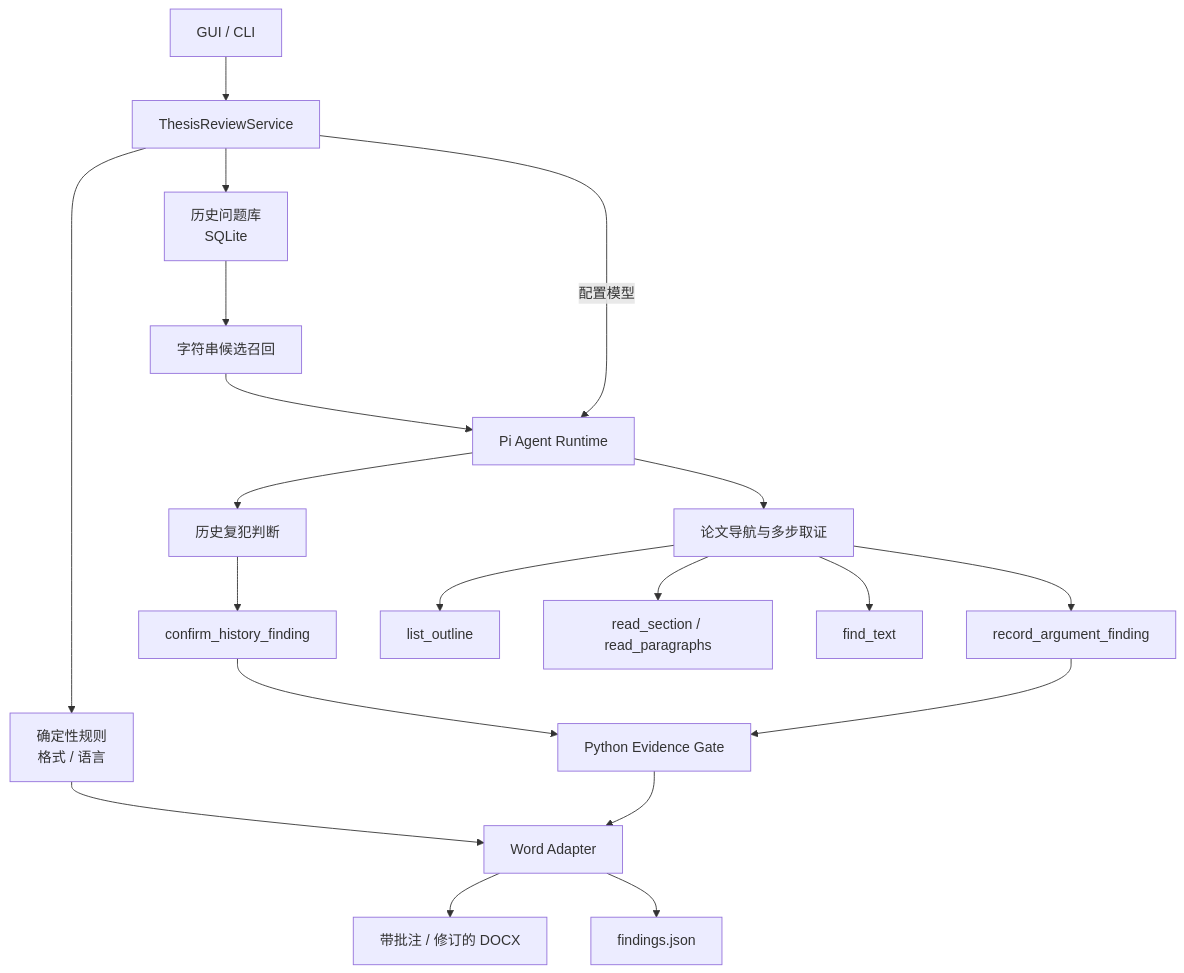
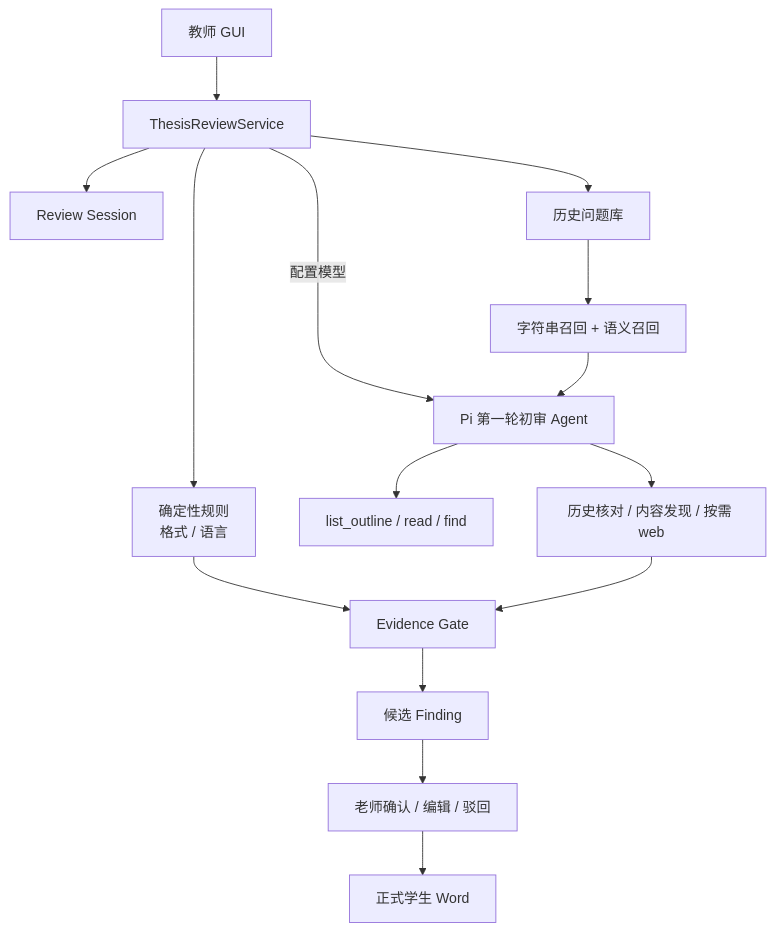
One commit to Dionysianspirit/thesis-review-agent changed the diagram in README.md. Above: the diagram before and after it, drawn with Mermaid. The commit also changed other lines of this file and 36 other files, not shown here.

First line of the commit message:
Add teacher-gated V0.6 review sessions and first-pass agent.

````diff
--- a/README.md
+++ b/README.md
@@ -101,29 +102,17 @@
 ```mermaid
 flowchart TD
-    A[GUI / CLI] --> B[ThesisReviewService]
-
+    A[教师 GUI] --> B[ThesisReviewService]
+    B --> S[Review Session]
     B --> C[确定性规则\n格式 / 语言]
-    B --> D[历史问题库\nSQLite]
-    D --> E[字符串候选召回]
-
-    B -->|配置模型| F[Pi Agent Runtime]
+    B --> D[历史问题库]
+    D --> E[字符串召回 + 语义召回]
+    B -->|配置模型| F[Pi 第一轮初审 Agent]
     E --> F
-
-    F --> G[历史复犯判断]
-    F --> H[论文导航与多步取证]
-
-    H --> I[list_outline]
-    H --> J[read_section / read_paragraphs]
-    H --> K[find_text]
-
-    G --> L[confirm_history_finding]
-    H --> M[record_argument_finding]
-
-    L --> N[Python Evidence Gate]
-    M --> N
-    C --> O[Word Adapter]
-    N --> O
-
-    O --> P[带批注 / 修订的 DOCX]
-    O --> Q[findings.json]
+    F --> G[list_outline / read / find]
+    F --> H[历史核对 / 内容发现 / 按需 web]
+    C --> I[Evidence Gate]
+    H --> I
+    I --> J[候选 Finding]
+    J --> K[老师确认 / 编辑 / 驳回]
+    K --> L[正式学生 Word]
 ```
````
